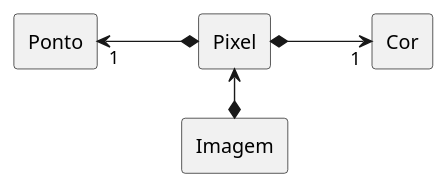
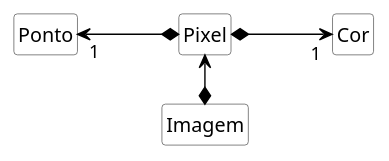
Before and after one commit to kyriosdata/oo: the diagram in imagens/modelos-07/mod07ima21/mod07ima21.plantuml, drawn with PlantUML. The commit also changed 10 other files, not shown here.

```diff
--- a/imagens/modelos-07/mod07ima21/mod07ima21.plantuml
+++ b/imagens/modelos-07/mod07ima21/mod07ima21.plantuml
@@ -1,10 +1,20 @@
 @startuml mod07ima21
-rectangle "Imagem" as im
-rectangle "Pixel" as pi
-rectangle "Cor" as co
-rectangle "Ponto" as po
+hide circle
+hide methods
+hide empty members
+
+skinparam class {
+    BackgroundColor White
+    ArrowColor Black
+    BorderColor #505050
+}
+
+class "Imagem" as im
+class "Pixel" as pi
+class "Cor" as co
+class "Ponto" as po
 left to right direction
 im *-left-> pi
 pi *-->"1" co
 po "1"<--* pi
 @enduml
```
